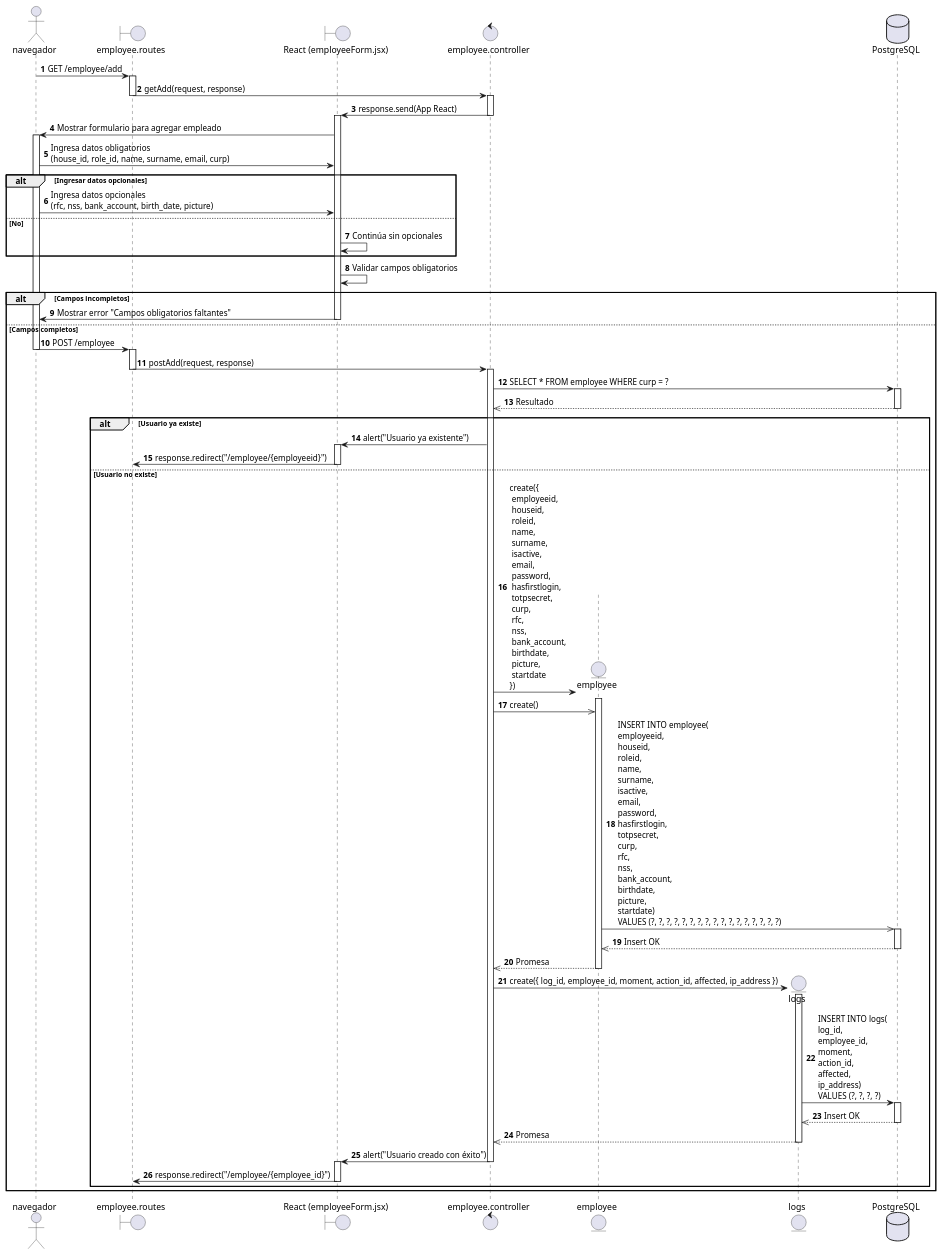
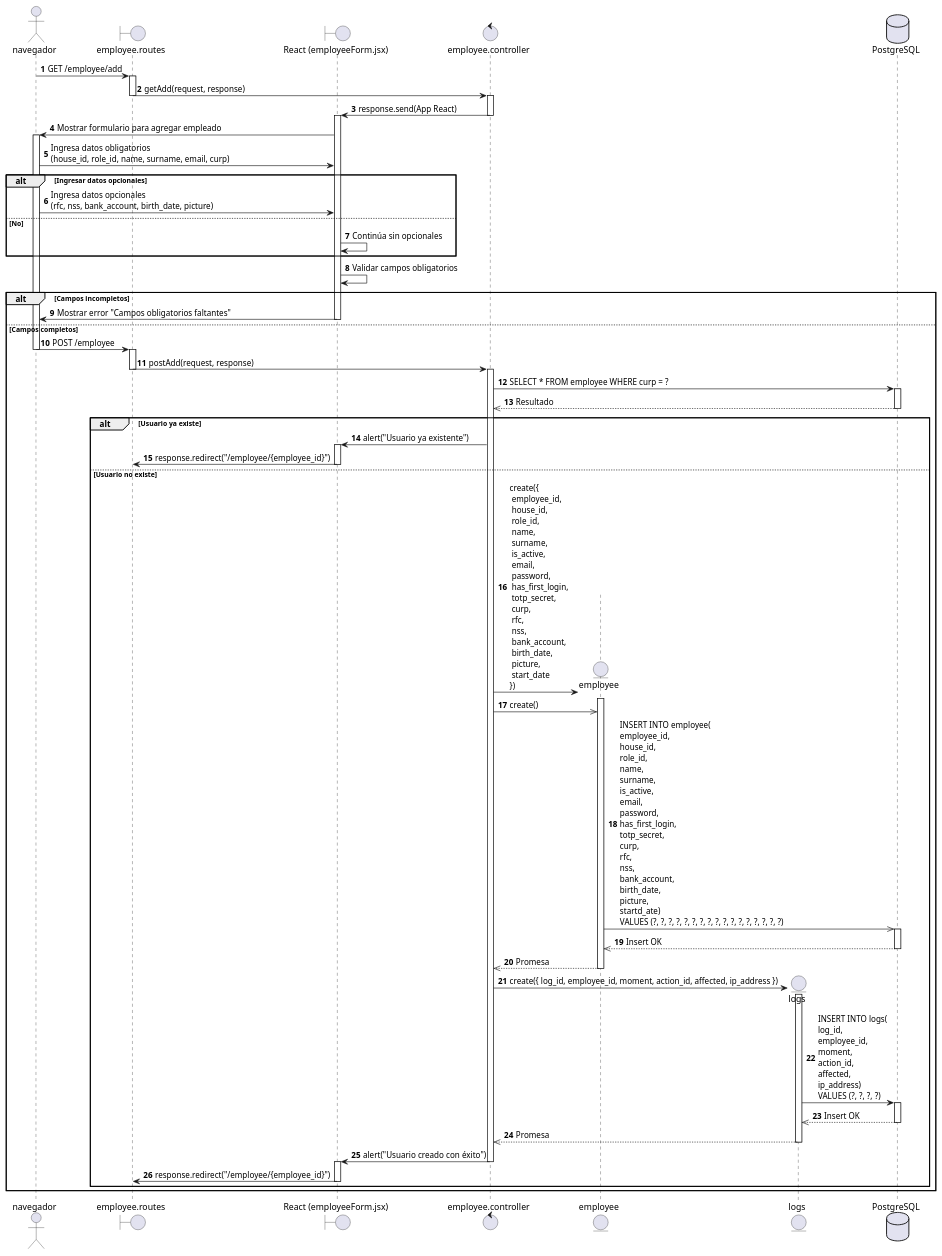
One commit to AztlanConsulting/RCHQ-Back changed the diagram in diagrams/Sequence diagram/HU01.puml. Above: the diagram before and after it, drawn with PlantUML.

Commit message:
fix: Se corrige el diagrama de secuencia

```diff
--- a/diagrams/Sequence diagram/HU01.puml
+++ b/diagrams/Sequence diagram/HU01.puml
@@ -1,101 +1,101 @@
 @startuml HU01 - Administrador registra empleado
 
 actor navegador
 boundary employee.routes
 boundary "React (employeeForm.jsx)" as ReactView
 control employee.controller
 entity employee
 entity logs
 database PostgreSQL
 
 autonumber
 
 navegador -> employee.routes : GET /employee/add
 activate employee.routes
 
 employee.routes -> employee.controller: getAdd(request, response)
 deactivate employee.routes
 activate employee.controller
 
 employee.controller -> ReactView: response.send(App React)
 deactivate employee.controller
 activate ReactView
 
 ReactView -> navegador : Mostrar formulario para agregar empleado
 activate navegador
 
 navegador -> ReactView : Ingresa datos obligatorios\n(house_id, role_id, name, surname, email, curp)
 
 alt Ingresar datos opcionales
     navegador -> ReactView : Ingresa datos opcionales\n(rfc, nss, bank_account, birth_date, picture)
 else No
     ReactView -> ReactView : Continúa sin opcionales
 end
 
 ReactView -> ReactView : Validar campos obligatorios
 
 alt Campos incompletos
     ReactView -> navegador : Mostrar error "Campos obligatorios faltantes"
     deactivate ReactView
 else Campos completos
 
     navegador -> employee.routes : POST /employee
     deactivate navegador
     activate employee.routes
 
     employee.routes -> employee.controller : postAdd(request, response)
     deactivate employee.routes
     activate employee.controller
 
     employee.controller -> PostgreSQL : SELECT * FROM employee WHERE curp = ?
     activate PostgreSQL
     PostgreSQL -->> employee.controller : Resultado
     deactivate PostgreSQL
 
     alt Usuario ya existe
         employee.controller -> ReactView : alert("Usuario ya existente")
         activate ReactView
 
-        ReactView -> employee.routes : response.redirect("/employee/{employeeid}")
+        ReactView -> employee.routes : response.redirect("/employee/{employee_id}")
         deactivate ReactView
         
     else Usuario no existe
         
         create employee
-        employee.controller -> employee : create({\n employeeid,\n houseid,\n roleid,\n name,\n surname,\n isactive,\n email,\n password,\n hasfirstlogin,\n totpsecret,\n curp,\n rfc,\n nss,\n bank_account,\n birthdate,\n picture,\n startdate\n})
+        employee.controller -> employee : create({\n employee_id,\n house_id,\n role_id,\n name,\n surname,\n is_active,\n email,\n password,\n has_first_login,\n totp_secret,\n curp,\n rfc,\n nss,\n bank_account,\n birth_date,\n picture,\n start_date\n})
         activate employee
 
         employee.controller ->> employee : create()
         
-        employee ->> PostgreSQL : INSERT INTO employee(\nemployeeid,\nhouseid,\nroleid,\nname,\nsurname,\nisactive,\nemail,\npassword,\nhasfirstlogin,\ntotpsecret,\ncurp,\nrfc,\nnss,\nbank_account,\nbirthdate,\npicture,\nstartdate)\nVALUES (?, ?, ?, ?, ?, ?, ?, ?, ?, ?, ?, ?, ?, ?, ?, ?, ?)
+        employee ->> PostgreSQL : INSERT INTO employee(\nemployee_id,\nhouse_id,\nrole_id,\nname,\nsurname,\nis_active,\nemail,\npassword,\nhas_first_login,\ntotp_secret,\ncurp,\nrfc,\nnss,\nbank_account,\nbirth_date,\npicture,\nstartd_ate)\nVALUES (?, ?, ?, ?, ?, ?, ?, ?, ?, ?, ?, ?, ?, ?, ?, ?, ?)
 
         activate PostgreSQL
         PostgreSQL -->> employee : Insert OK
         deactivate PostgreSQL
 
         employee -->> employee.controller : Promesa
         deactivate employee
 
         create logs
         employee.controller -> logs : create({ log_id, employee_id, moment, action_id, affected, ip_address })
         activate logs
 
         logs -> PostgreSQL : INSERT INTO logs(\nlog_id,\nemployee_id,\nmoment, \naction_id, \naffected, \nip_address)\nVALUES (?, ?, ?, ?)
         activate PostgreSQL
         PostgreSQL -->> logs : Insert OK
         deactivate PostgreSQL
 
         logs -->> employee.controller : Promesa
         deactivate logs
         
         employee.controller -> ReactView : alert("Usuario creado con éxito")
         deactivate employee.controller
         activate ReactView
         
         ReactView -> employee.routes : response.redirect("/employee/{employee_id}")
         deactivate ReactView
 
     end
 end
 
 @enduml
```
